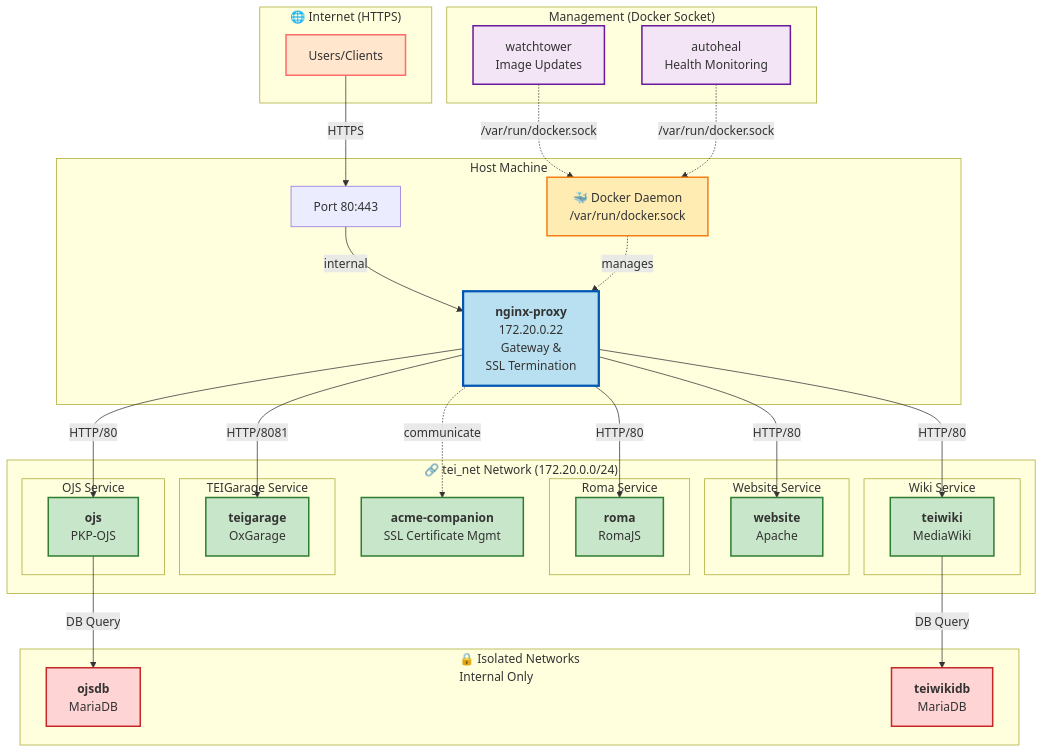
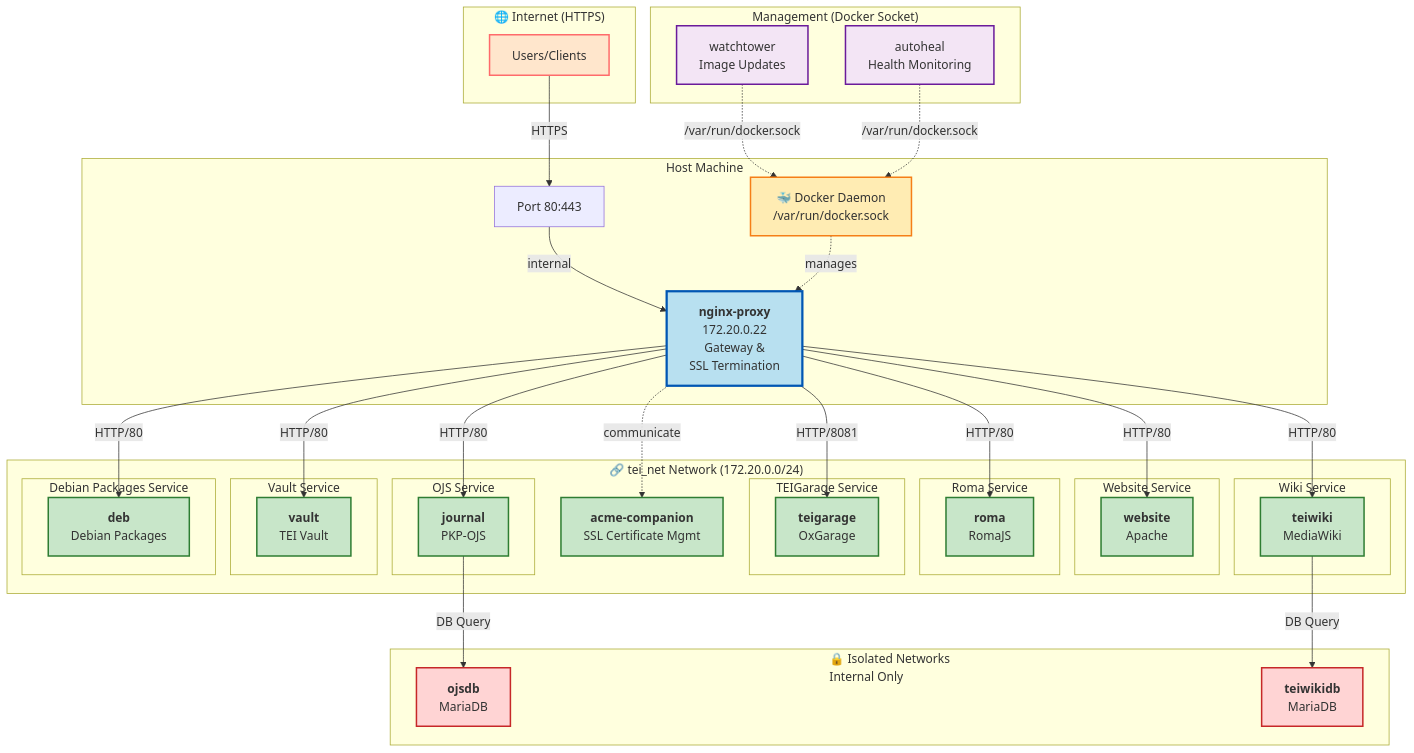
Before and after one commit to TEIC/infrastructure: the diagram in README.md, drawn with Mermaid. The commit also changed other lines of this file, not shown here.

Commit message:
update README with more services

```diff
--- a/README.md
+++ b/README.md
@@ -94,7 +95,15 @@
         end
 
         subgraph OJS_Svc["OJS Service"]
-            OJS["<b>ojs</b><br/>PKP-OJS"]
+            OJS["<b>journal</b><br/>PKP-OJS"]
+        end
+
+        subgraph VAULT_Svc["Vault Service"]
+            VAULT["<b>vault</b><br/>TEI Vault"]
+        end
+
+        subgraph DEBIAN_Svc["Debian Packages Service"]
+            DEBIAN["<b>deb</b><br/>Debian Packages"]
         end
     end
 
@@ -116,6 +125,8 @@
     NP -->|HTTP/80| ROMA
     NP -->|HTTP/8081| TG
     NP -->|HTTP/80| OJS
+    NP -->|HTTP/80| VAULT
+    NP -->|HTTP/80| DEBIAN
     NP -.->|communicate| ACME
 
     %% Internal connections
@@ -136,7 +147,7 @@
 
     class Users internet
     class NP gateway
-    class WS,WIKI,ROMA,TG,OJS,ACME service
+    class WS,WIKI,ROMA,TG,OJS,ACME,VAULT,DEBIAN service
     class OJSDB,WIKIDB database
     class WH,AH management
     class DockerDaemon daemon
```
